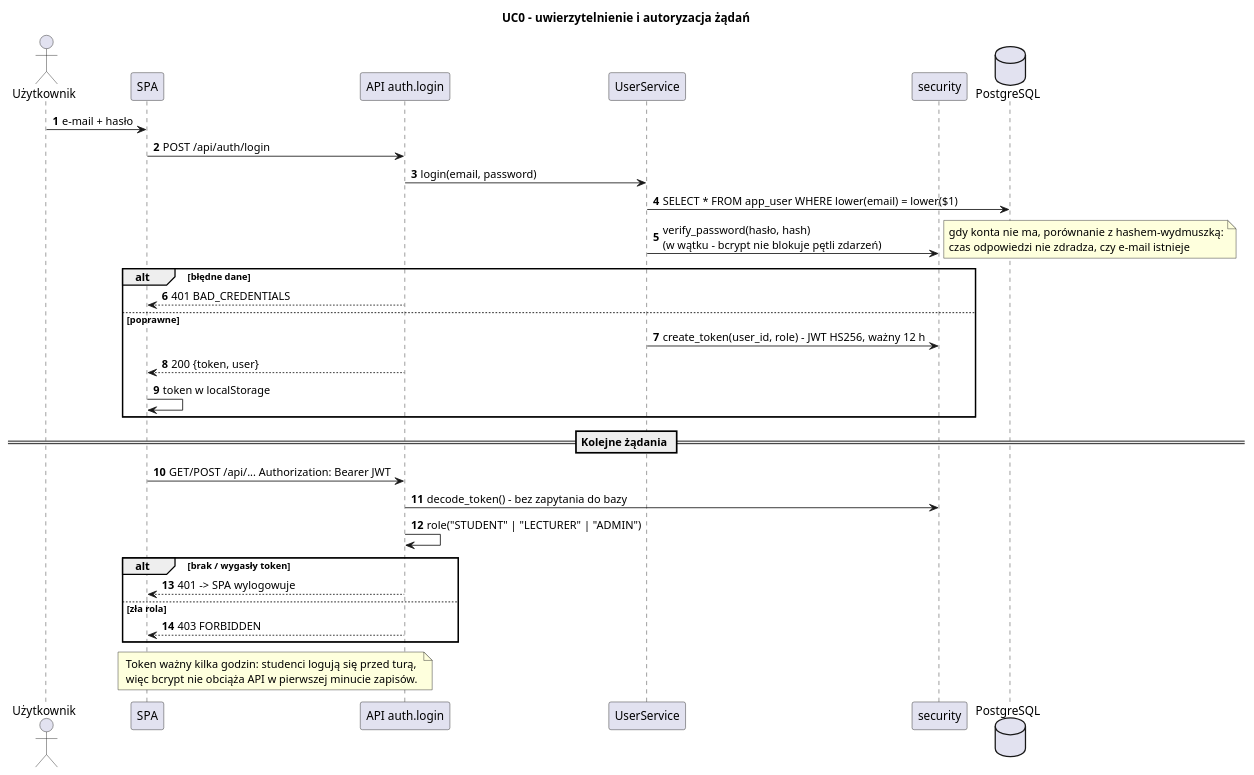
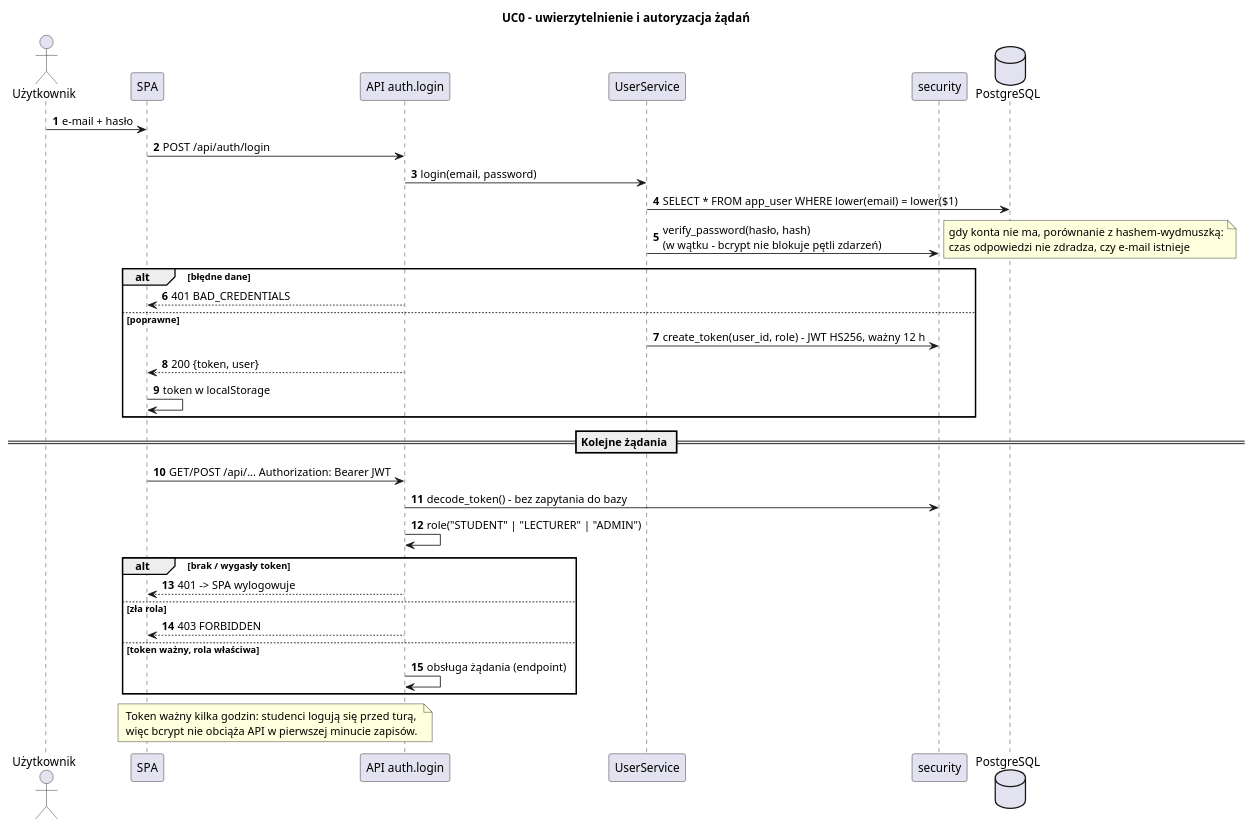
Before and after one commit to Husaria55/USOSv2: the diagram in etap3/diagramy/sekwencja_logowanie.puml, drawn with PlantUML. The commit also changed 22 other files, not shown here.

```diff
--- a/etap3/diagramy/sekwencja_logowanie.puml
+++ b/etap3/diagramy/sekwencja_logowanie.puml
@@ -1,40 +1,42 @@
 @startuml sekwencja_logowanie
 title UC0 – uwierzytelnienie i autoryzacja żądań
 skinparam shadowing false
 skinparam sequenceMessageAlign left
 autonumber
 
 actor Użytkownik
 participant "SPA" as spa
 participant "API auth.login" as api
 participant "UserService" as us
 participant "security" as sec
 database "PostgreSQL" as db
 
 Użytkownik -> spa : e-mail + hasło
 spa -> api : POST /api/auth/login
 api -> us : login(email, password)
 us -> db : SELECT * FROM app_user WHERE lower(email) = lower($1)
 us -> sec : verify_password(hasło, hash)\n(w wątku – bcrypt nie blokuje pętli zdarzeń)
 note right : gdy konta nie ma, porównanie z hashem-wydmuszką:\nczas odpowiedzi nie zdradza, czy e-mail istnieje
 alt błędne dane
   api --> spa : 401 BAD_CREDENTIALS
 else poprawne
   us -> sec : create_token(user_id, role) – JWT HS256, ważny 12 h
   api --> spa : 200 {token, user}
   spa -> spa : token w localStorage
 end
 == Kolejne żądania ==
 spa -> api : GET/POST /api/... Authorization: Bearer JWT
 api -> sec : decode_token() – bez zapytania do bazy
 api -> api : role("STUDENT" | "LECTURER" | "ADMIN")
 alt brak / wygasły token
   api --> spa : 401 -> SPA wylogowuje
 else zła rola
   api --> spa : 403 FORBIDDEN
+else token ważny, rola właściwa
+  api -> api : obsługa żądania (endpoint)
 end
 note over spa, api
   Token ważny kilka godzin: studenci logują się przed turą,
   więc bcrypt nie obciąża API w pierwszej minucie zapisów.
 end note
 @enduml
```
